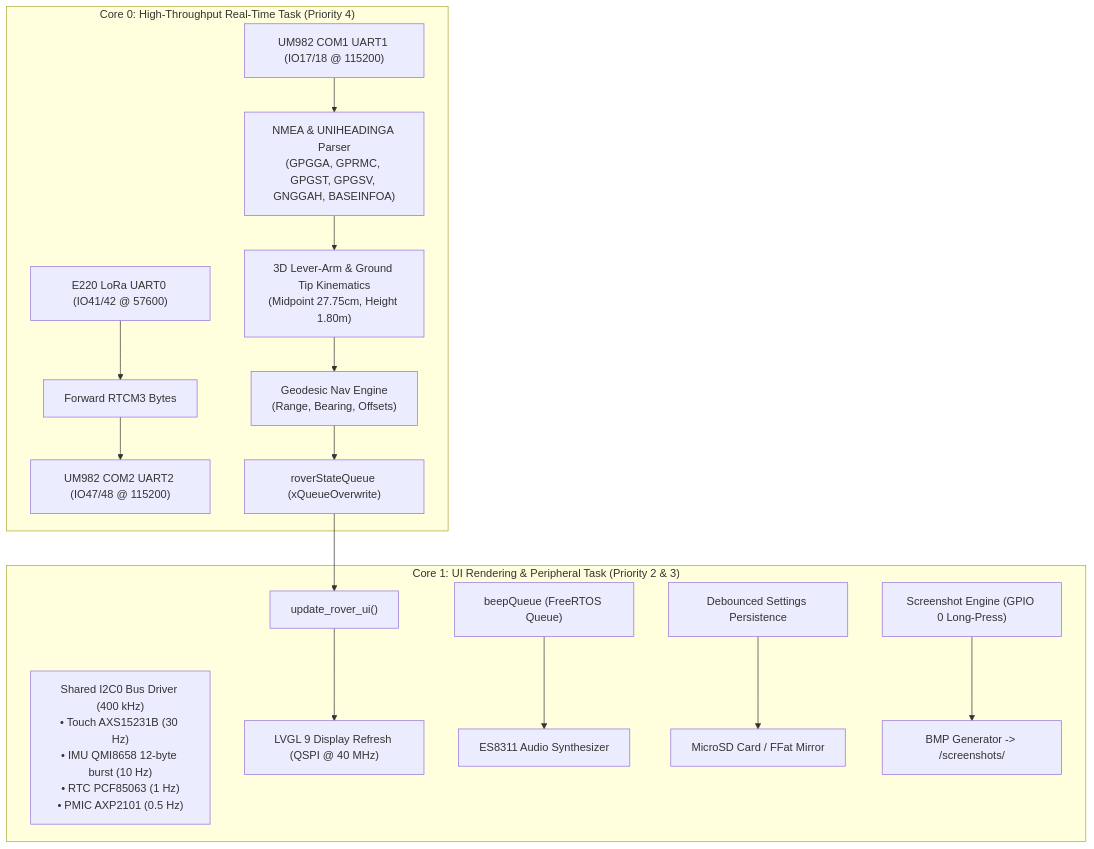
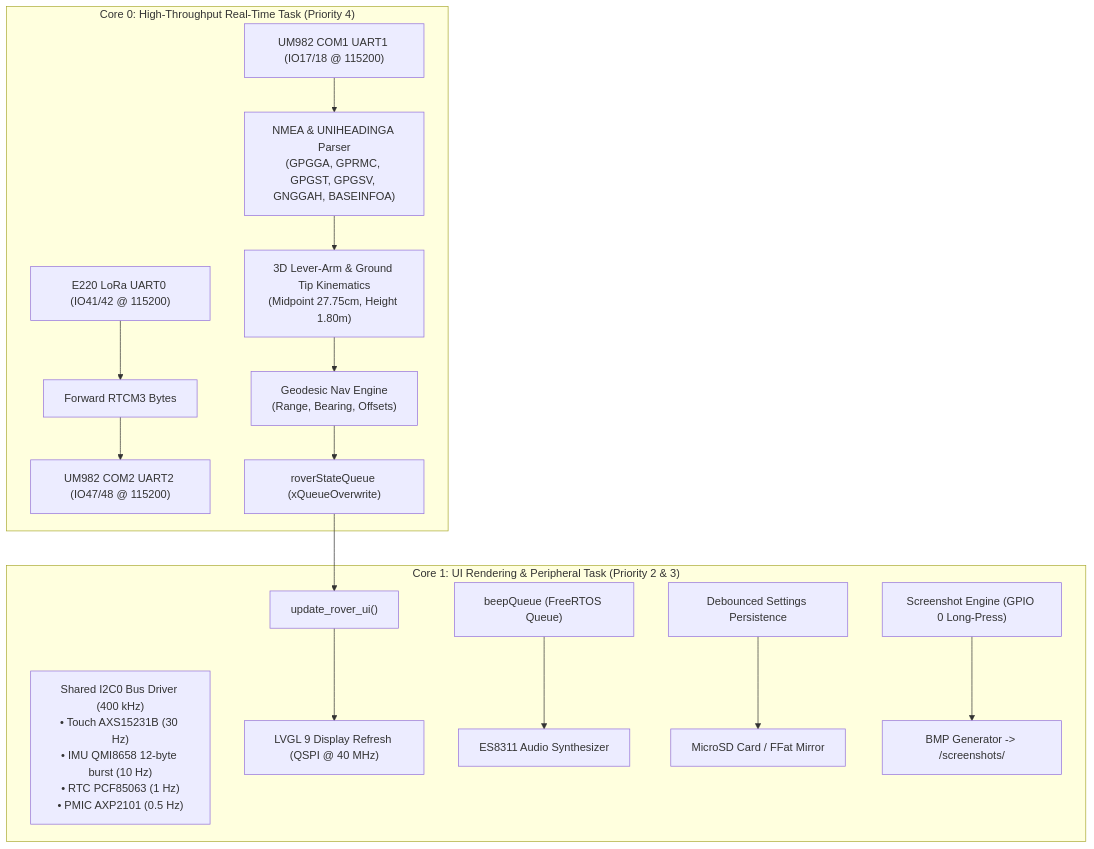
The diagram in README.md (rguilmet/RTK-Rover), drawn with Mermaid before and after one commit. The commit also changed other lines of this file and 9 other files, not shown here.

````diff
--- a/README.md
+++ b/README.md
@@ -131,20 +131,20 @@
 ```mermaid
 flowchart TD
     subgraph Core0["Core 0: High-Throughput Real-Time Task (Priority 4)"]
-        E220_RX["E220 LoRa UART0 (IO41/42 @ 57600)"] --> RTCM_FWD["Forward RTCM3 Bytes"]
+        E220_RX["E220 LoRa UART0 (IO41/42 @ 115200)"] --> RTCM_FWD["Forward RTCM3 Bytes"]
         RTCM_FWD --> COM2_TX["UM982 COM2 UART2 (IO47/48 @ 115200)"]
         COM1_RX["UM982 COM1 UART1 (IO17/18 @ 115200)"] --> NMEA_PARSE["NMEA & UNIHEADINGA Parser\n(GPGGA, GPRMC, GPGST, GPGSV, GNGGAH, BASEINFOA)"]
         NMEA_PARSE --> KINEMATICS["3D Lever-Arm & Ground Tip Kinematics\n(Midpoint 27.75cm, Height 1.80m)"]
         KINEMATICS --> NAV_ENGINE["Geodesic Nav Engine\n(Range, Bearing, Offsets)"]
         NAV_ENGINE --> QUEUE["roverStateQueue (xQueueOverwrite)"]
     end
 
     subgraph Core1["Core 1: UI Rendering & Peripheral Task (Priority 2 & 3)"]
         QUEUE --> UI_UPDATE["update_rover_ui()"]
         I2C_POLL["Shared I2C0 Bus Driver (400 kHz)\n• Touch AXS15231B (30 Hz)\n• IMU QMI8658 12-byte burst (10 Hz)\n• RTC PCF85063 (1 Hz)\n• PMIC AXP2101 (0.5 Hz)"]
         UI_UPDATE --> LVGL["LVGL 9 Display Refresh (QSPI @ 40 MHz)"]
         AUDIO_QUEUE["beepQueue (FreeRTOS Queue)"] --> CODEC["ES8311 Audio Synthesizer"]
         SETTINGS["Debounced Settings Persistence"] --> STORAGE["MicroSD Card / FFat Mirror"]
         SCREENSHOT["Screenshot Engine (GPIO 0 Long-Press)"] --> BMP_OUT["BMP Generator -> /screenshots/"]
     end
 ```
````
